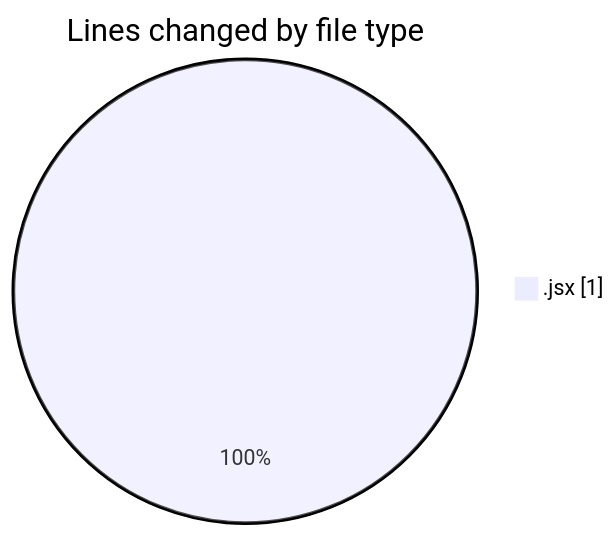
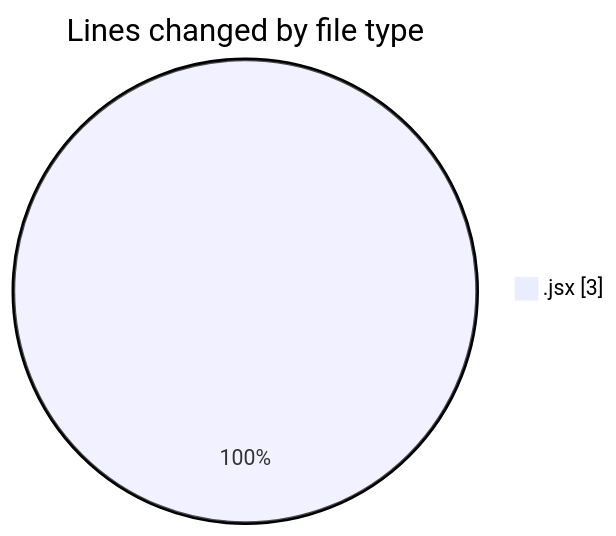
The first of 2 diagrams in 2025-06-26/nxtqube_webapp/README.md (nxtqubesakshisongat/code-tracking), drawn with Mermaid before and after one commit. The commit also changed other lines of this file and 1 other file, not shown here.

````diff
--- a/2025-06-26/nxtqube_webapp/README.md
+++ b/2025-06-26/nxtqube_webapp/README.md
@@ -20,5 +20,5 @@
 ```mermaid
 pie showData
 title Lines changed by file type
-".jsx" : 1
+".jsx" : 3
 ```
````
